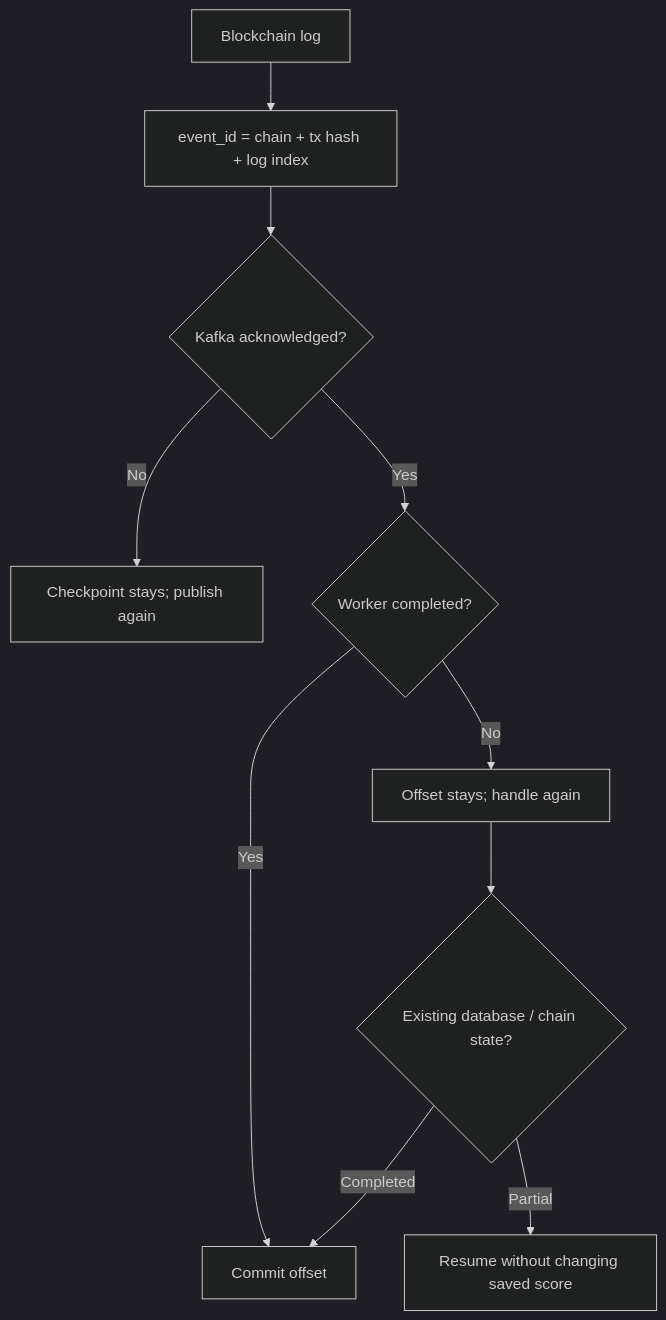
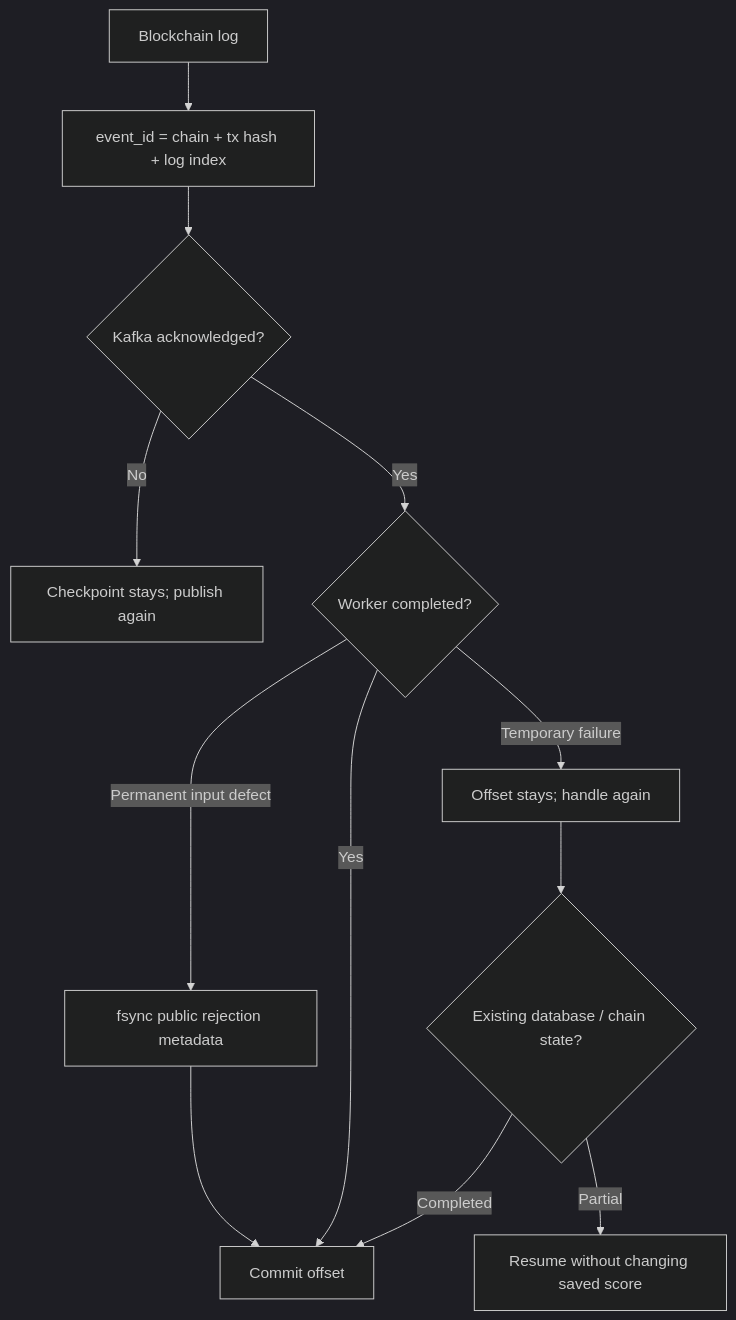
Before and after one commit to ganesh1997oli/Decentralized-Claims-Registry: the second of 2 diagrams in packages/integrations/kafka/README.md, drawn with Mermaid (dark theme). The commit also changed other lines of this file and 12 other files, not shown here.

````diff
--- a/packages/integrations/kafka/README.md
+++ b/packages/integrations/kafka/README.md
@@ -24,12 +27,14 @@
 ```mermaid
 flowchart TD
     Event["Blockchain log"] --> ID["event_id = chain + tx hash + log index"]
     ID --> Publish{"Kafka acknowledged?"}
     Publish -->|No| SameBlock["Checkpoint stays; publish again"]
     Publish -->|Yes| Handle{"Worker completed?"}
-    Handle -->|No| SameOffset["Offset stays; handle again"]
+    Handle -->|Temporary failure| SameOffset["Offset stays; handle again"]
+    Handle -->|Permanent input defect| Quarantine["fsync public rejection metadata"]
+    Quarantine --> Done
     Handle -->|Yes| Done["Commit offset"]
     SameOffset --> Existing{"Existing database / chain state?"}
     Existing -->|Completed| Done
     Existing -->|Partial| Repair["Resume without changing saved score"]
 ```
````
